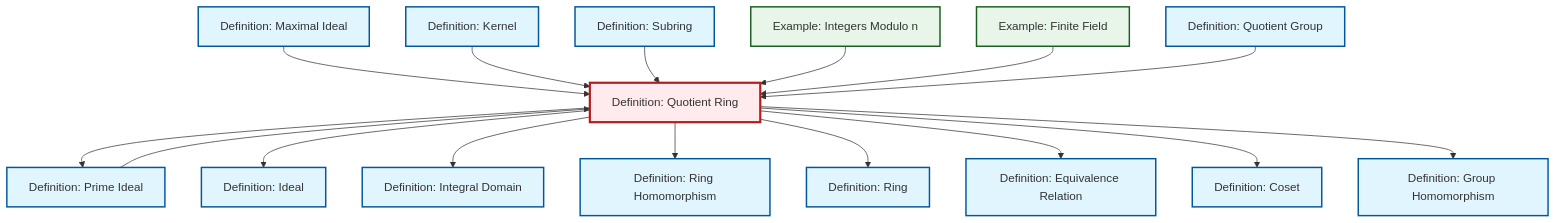
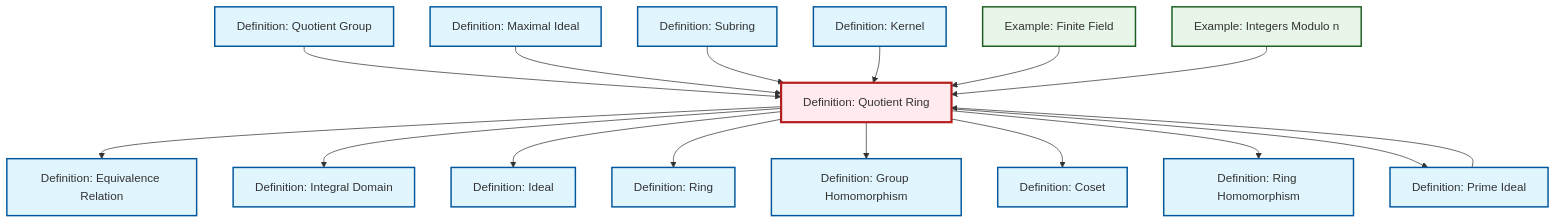
Before and after one commit to RK0429/ModernMath: the diagram in content/en/algebra/def-quotient-ring.qmd, drawn with Mermaid. The commit also changed other lines of this file and 672 other files, not shown here.

````diff
--- a/content/en/algebra/def-quotient-ring.qmd
+++ b/content/en/algebra/def-quotient-ring.qmd
@@ -97,54 +97,54 @@
 ```{mermaid}
 %%| fig-cap: "Local dependency graph"
 graph TD
     classDef definition fill:#e1f5fe,stroke:#01579b,stroke-width:2px
     classDef theorem fill:#f3e5f5,stroke:#4a148c,stroke-width:2px
     classDef axiom fill:#fff3e0,stroke:#e65100,stroke-width:2px
     classDef example fill:#e8f5e9,stroke:#1b5e20,stroke-width:2px
     classDef current fill:#ffebee,stroke:#b71c1c,stroke-width:3px
-    def-kernel["Definition: Kernel"]:::definition
+    def-quotient-group["Definition: Quotient Group"]:::definition
+    def-integral-domain["Definition: Integral Domain"]:::definition
+    def-maximal-ideal["Definition: Maximal Ideal"]:::definition
+    def-subring["Definition: Subring"]:::definition
+    def-ring-homomorphism["Definition: Ring Homomorphism"]:::definition
+    ex-quotient-integers-mod-n["Example: Integers Modulo n"]:::example
+    def-equivalence-relation["Definition: Equivalence Relation"]:::definition
+    def-prime-ideal["Definition: Prime Ideal"]:::definition
+    def-homomorphism["Definition: Group Homomorphism"]:::definition
+    def-ideal["Definition: Ideal"]:::definition
     def-ring["Definition: Ring"]:::definition
-    def-ring-homomorphism["Definition: Ring Homomorphism"]:::definition
-    def-homomorphism["Definition: Group Homomorphism"]:::definition
-    def-subring["Definition: Subring"]:::definition
-    def-maximal-ideal["Definition: Maximal Ideal"]:::definition
-    ex-finite-field["Example: Finite Field"]:::example
-    def-prime-ideal["Definition: Prime Ideal"]:::definition
-    def-quotient-group["Definition: Quotient Group"]:::definition
-    def-equivalence-relation["Definition: Equivalence Relation"]:::definition
     def-coset["Definition: Coset"]:::definition
     def-quotient-ring["Definition: Quotient Ring"]:::definition
-    def-integral-domain["Definition: Integral Domain"]:::definition
-    def-ideal["Definition: Ideal"]:::definition
-    ex-quotient-integers-mod-n["Example: Integers Modulo n"]:::example
+    ex-finite-field["Example: Finite Field"]:::example
+    def-kernel["Definition: Kernel"]:::definition
+    def-quotient-ring --> def-equivalence-relation
+    def-quotient-ring --> def-integral-domain
+    def-quotient-ring --> def-ideal
+    def-quotient-ring --> def-ring
+    def-quotient-group --> def-quotient-ring
+    def-quotient-ring --> def-homomorphism
+    def-maximal-ideal --> def-quotient-ring
+    def-prime-ideal --> def-quotient-ring
+    def-quotient-ring --> def-coset
+    def-subring --> def-quotient-ring
+    def-kernel --> def-quotient-ring
+    ex-finite-field --> def-quotient-ring
+    ex-quotient-integers-mod-n --> def-quotient-ring
+    def-quotient-ring --> def-ring-homomorphism
     def-quotient-ring --> def-prime-ideal
-    def-quotient-ring --> def-ideal
-    def-quotient-ring --> def-integral-domain
-    def-quotient-ring --> def-ring-homomorphism
-    def-quotient-ring --> def-ring
-    def-maximal-ideal --> def-quotient-ring
-    def-quotient-ring --> def-equivalence-relation
-    def-quotient-ring --> def-coset
-    def-kernel --> def-quotient-ring
-    def-prime-ideal --> def-quotient-ring
-    def-subring --> def-quotient-ring
-    ex-quotient-integers-mod-n --> def-quotient-ring
-    def-quotient-ring --> def-homomorphism
-    ex-finite-field --> def-quotient-ring
-    def-quotient-group --> def-quotient-ring
     class def-quotient-ring current
+    click def-quotient-group "def-quotient-group.html" "Go to Quotient Group definition"
+    click def-integral-domain "def-integral-domain.html" "Go to Integral Domain definition"
+    click def-maximal-ideal "def-maximal-ideal.html" "Go to Maximal Ideal definition"
+    click def-subring "def-subring.html" "Go to Subring definition"
+    click def-ring-homomorphism "def-ring-homomorphism.html" "Go to Ring Homomorphism definition"
+    click ex-quotient-integers-mod-n "ex-quotient-integers-mod-n.html" "Go to Integers Modulo n example"
+    click def-equivalence-relation "def-equivalence-relation.html" "Go to Equivalence Relation definition"
+    click def-prime-ideal "def-prime-ideal.html" "Go to Prime Ideal definition"
+    click def-homomorphism "def-homomorphism.html" "Go to Group Homomorphism definition"
+    click def-ideal "def-ideal.html" "Go to Ideal definition"
+    click def-ring "def-ring.html" "Go to Ring definition"
+    click def-coset "def-coset.html" "Go to Coset definition"
+    click ex-finite-field "ex-finite-field.html" "Go to Finite Field example"
     click def-kernel "def-kernel.html" "Go to Kernel definition"
-    click def-ring "def-ring.html" "Go to Ring definition"
-    click def-ring-homomorphism "def-ring-homomorphism.html" "Go to Ring Homomorphism definition"
-    click def-homomorphism "def-homomorphism.html" "Go to Group Homomorphism definition"
-    click def-subring "def-subring.html" "Go to Subring definition"
-    click def-maximal-ideal "def-maximal-ideal.html" "Go to Maximal Ideal definition"
-    click ex-finite-field "ex-finite-field.html" "Go to Finite Field example"
-    click def-prime-ideal "def-prime-ideal.html" "Go to Prime Ideal definition"
-    click def-quotient-group "def-quotient-group.html" "Go to Quotient Group definition"
-    click def-equivalence-relation "def-equivalence-relation.html" "Go to Equivalence Relation definition"
-    click def-coset "def-coset.html" "Go to Coset definition"
-    click def-integral-domain "def-integral-domain.html" "Go to Integral Domain definition"
-    click def-ideal "def-ideal.html" "Go to Ideal definition"
-    click ex-quotient-integers-mod-n "ex-quotient-integers-mod-n.html" "Go to Integers Modulo n example"
 ```
````
